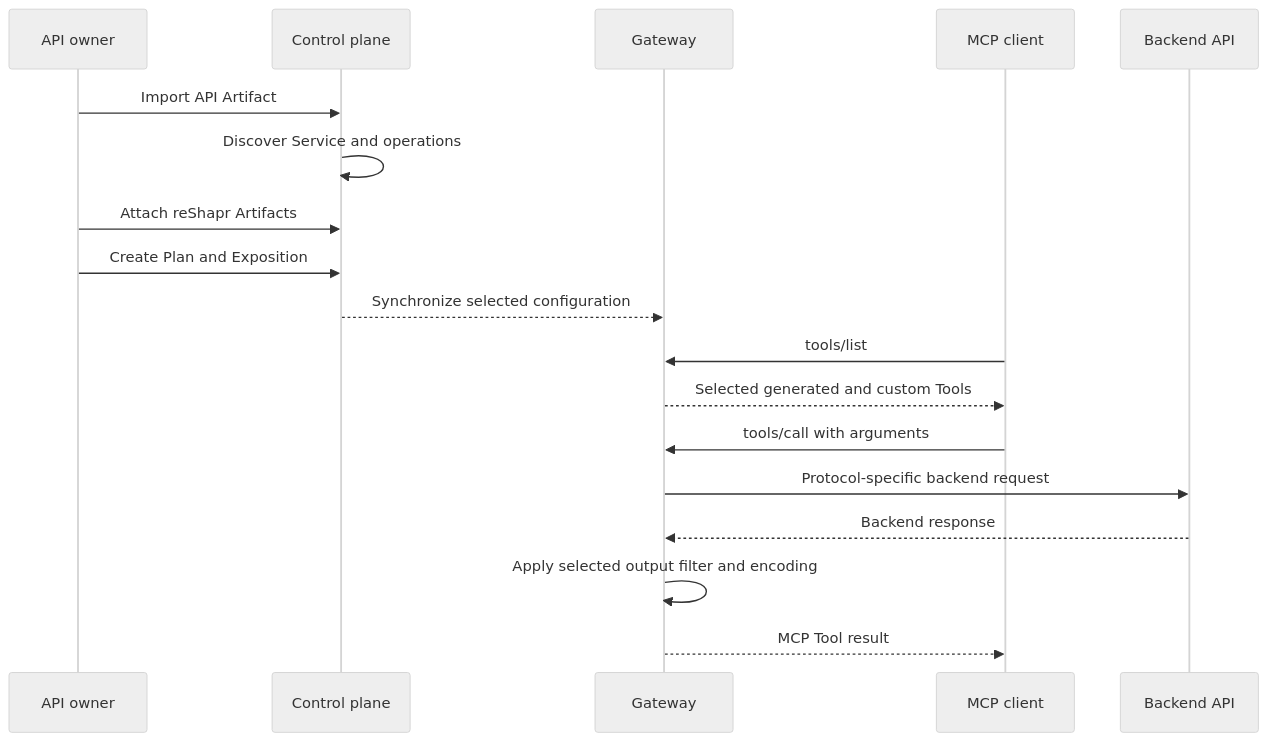
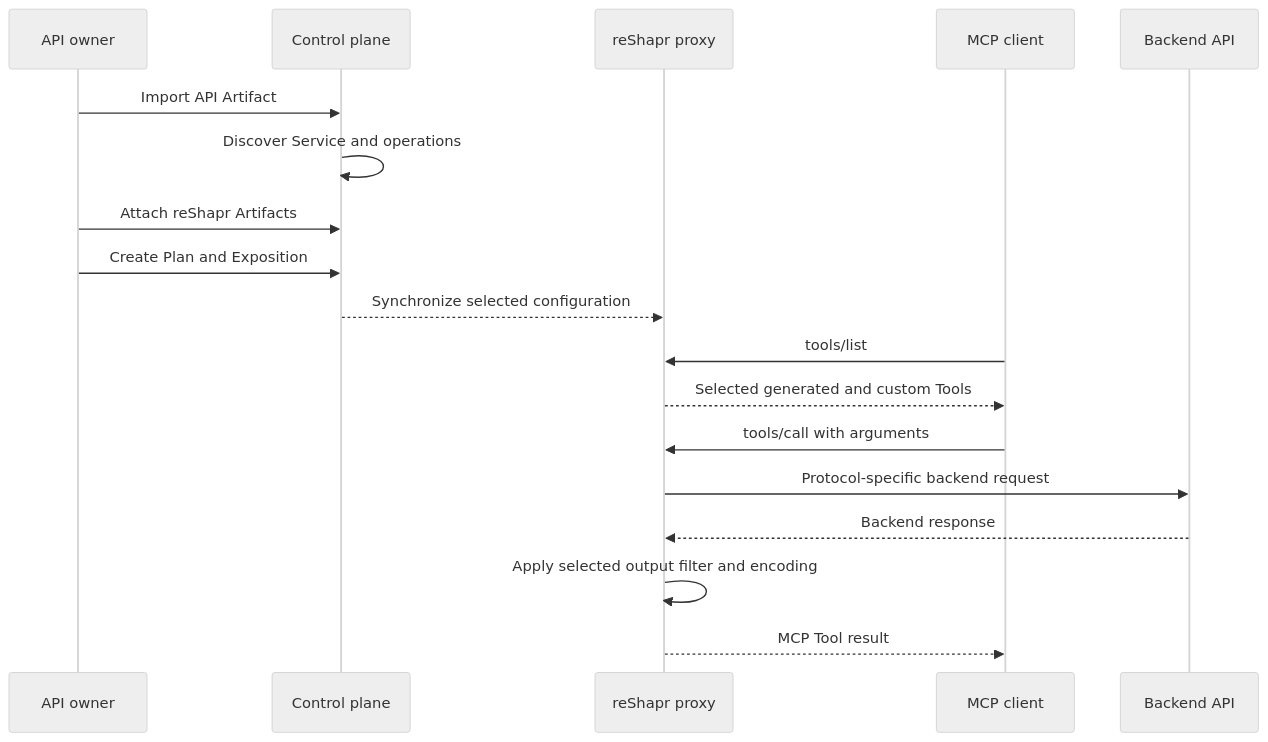
Before and after one commit to reshaprio/reshapr.io: the diagram in docs/explanations/api-to-agent.md, drawn with Mermaid (neutral theme). The commit also changed other lines of this file and 33 other files, not shown here.

Commit message:
chore(docs): #50 Add contextual demos and polis gateway vs proxy terminology Signed-off-by: Laurent Broudoux <laurent.broudoux@gmail.com>

````diff
--- a/docs/explanations/api-to-agent.md
+++ b/docs/explanations/api-to-agent.md
@@ -11,21 +11,21 @@
 ```mermaid
 sequenceDiagram
   participant Owner as API owner
   participant Control as Control plane
-  participant Gateway as Gateway
+  participant Proxy as reShapr proxy
   participant Client as MCP client
   participant API as Backend API
 
   Owner->>Control: Import API Artifact
   Control->>Control: Discover Service and operations
   Owner->>Control: Attach reShapr Artifacts
   Owner->>Control: Create Plan and Exposition
-  Control-->>Gateway: Synchronize selected configuration
-  Client->>Gateway: tools/list
-  Gateway-->>Client: Selected generated and custom Tools
-  Client->>Gateway: tools/call with arguments
-  Gateway->>API: Protocol-specific backend request
-  API-->>Gateway: Backend response
-  Gateway->>Gateway: Apply selected output filter and encoding
-  Gateway-->>Client: MCP Tool result
+  Control-->>Proxy: Synchronize selected configuration
+  Client->>Proxy: tools/list
+  Proxy-->>Client: Selected generated and custom Tools
+  Client->>Proxy: tools/call with arguments
+  Proxy->>API: Protocol-specific backend request
+  API-->>Proxy: Backend response
+  Proxy->>Proxy: Apply selected output filter and encoding
+  Proxy-->>Client: MCP Tool result
 ```
````
